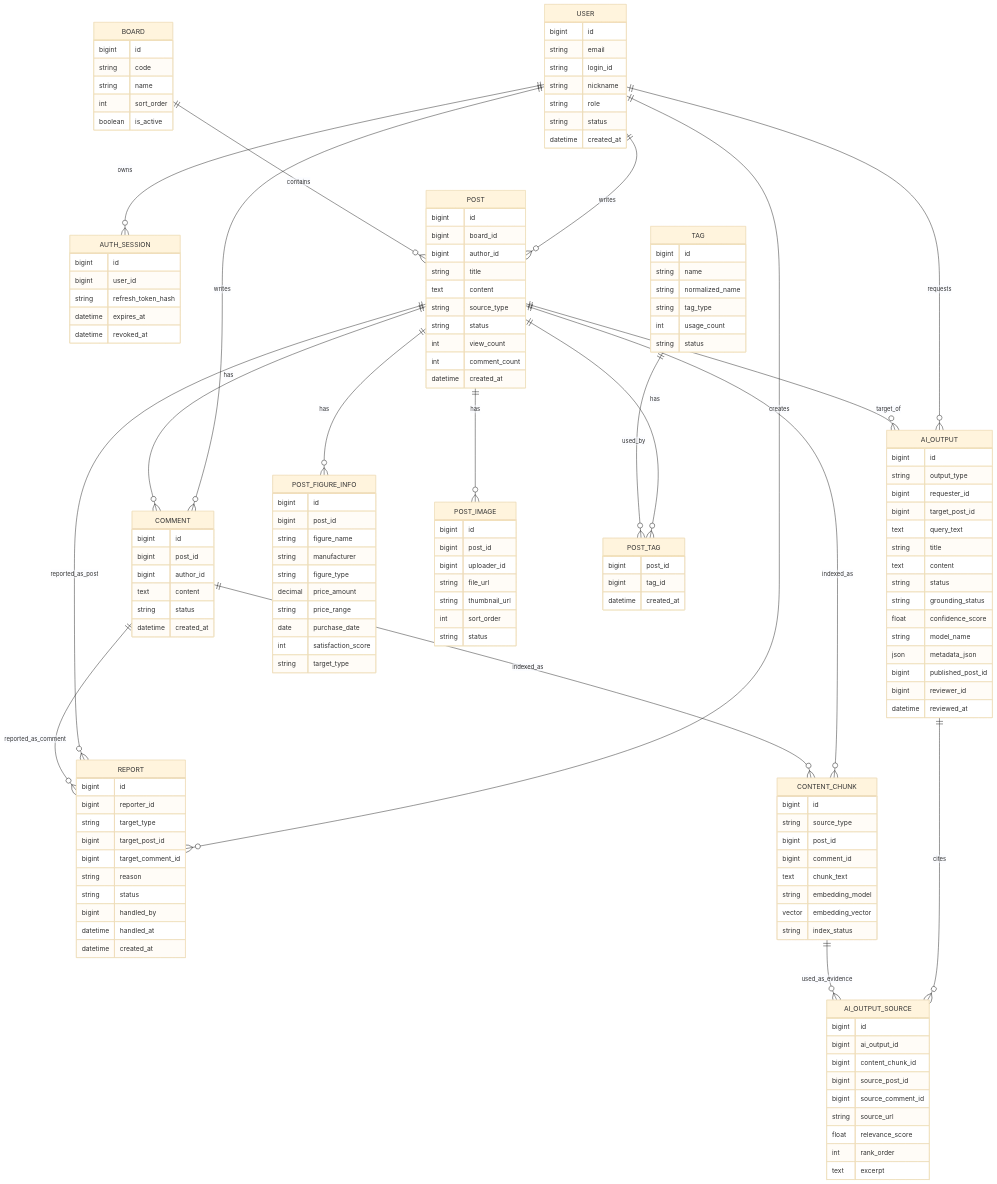
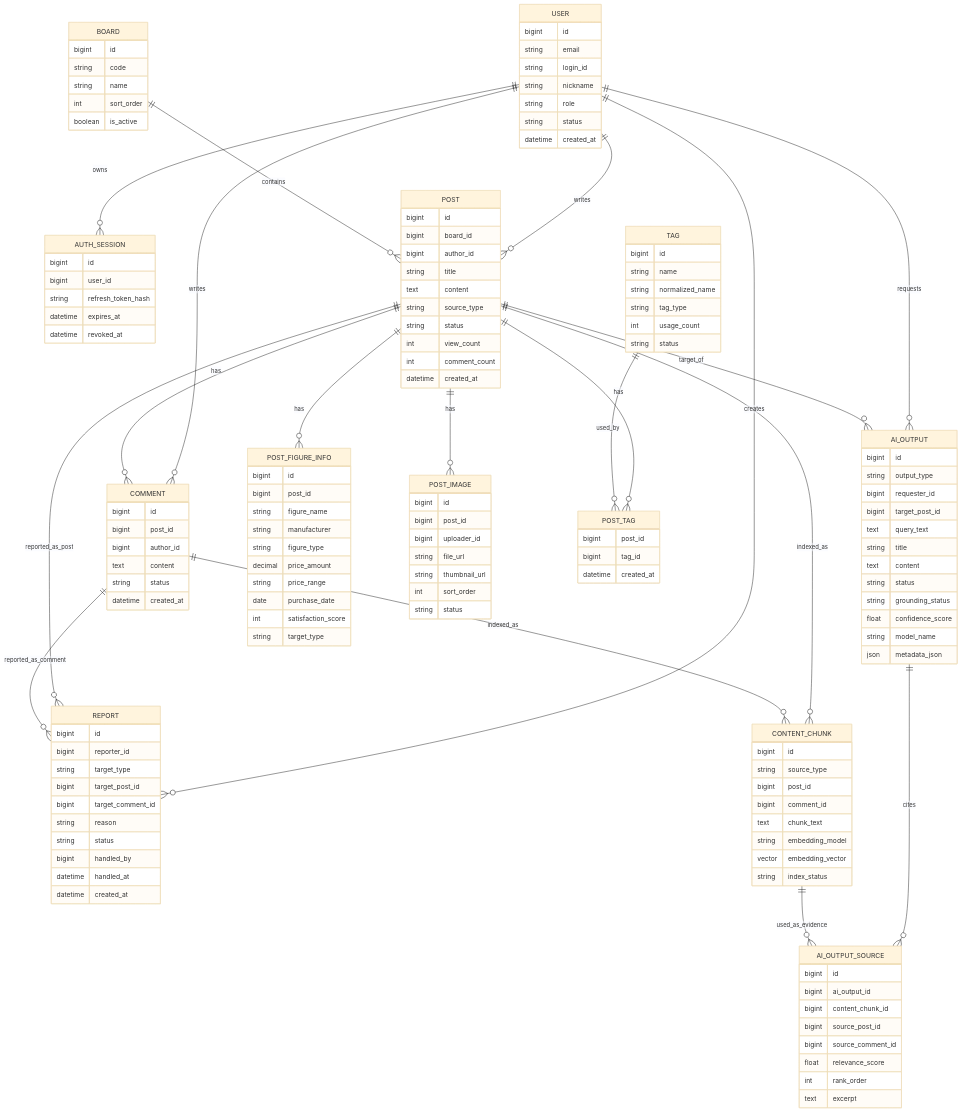
Before and after one commit to Soldbone/AI-board: the diagram in yoonji/docs/database/schema-design.md, drawn with Mermaid (base theme). The commit also changed other lines of this file and 14 other files, not shown here.

```diff
--- a/yoonji/docs/database/schema-design.md
+++ b/yoonji/docs/database/schema-design.md
@@ -698,9 +687,6 @@
       float confidence_score
       string model_name
       json metadata_json
-      bigint published_post_id
-      bigint reviewer_id
-      datetime reviewed_at
     }
 
     AI_OUTPUT_SOURCE {
@@ -709,7 +695,6 @@
       bigint content_chunk_id
       bigint source_post_id
       bigint source_comment_id
-      string source_url
       float relevance_score
       int rank_order
       text excerpt
```
